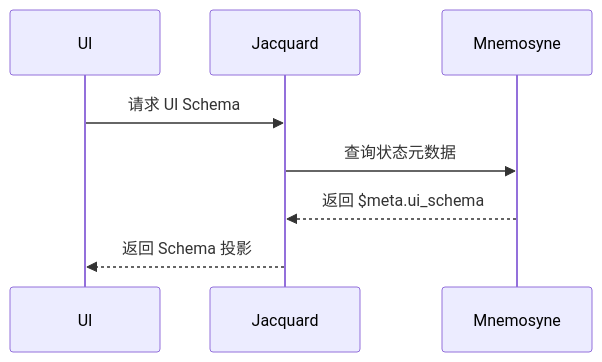
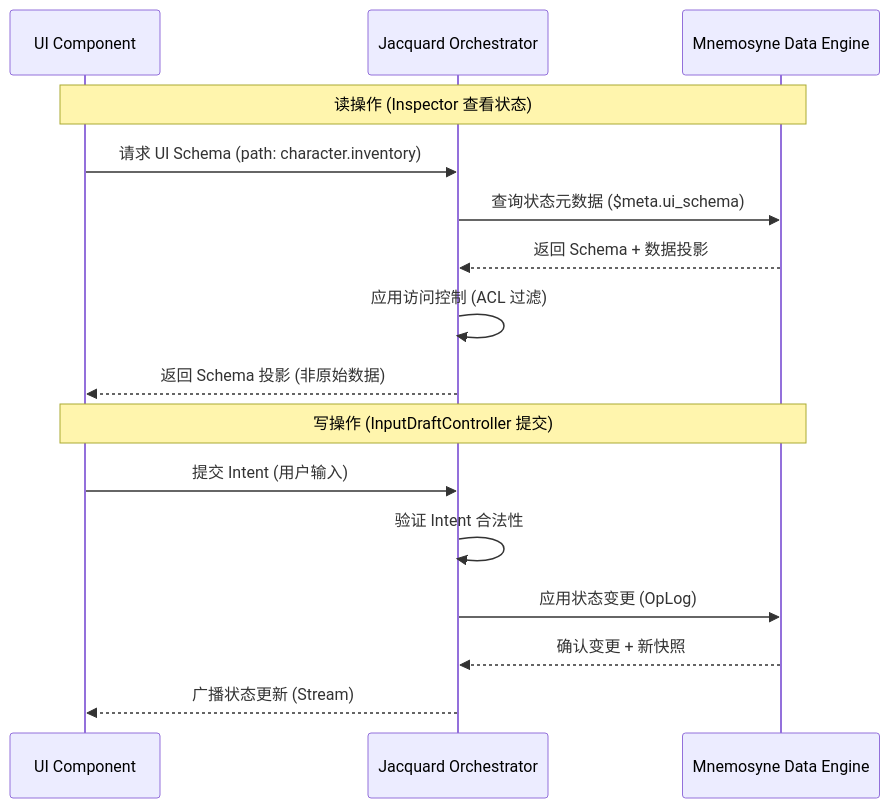
Before and after one commit to Abgetrennter/Clotho-Design: the third of 3 diagrams in 00_active_specs/reference/architecture-audit-report.md, drawn with Mermaid. The commit also changed other lines of this file and 4 other files, not shown here.

````diff
--- a/00_active_specs/reference/architecture-audit-report.md
+++ b/00_active_specs/reference/architecture-audit-report.md
@@ -213,7 +238,20 @@
-   ```mermaid
-   sequenceDiagram
-       UI->>Jacquard: 请求 UI Schema
-       Jacquard->>Mnemosyne: 查询状态元数据
-       Mnemosyne-->>Jacquard: 返回 $meta.ui_schema
-       Jacquard-->>UI: 返回 Schema 投影
-   ```
+```mermaid
+sequenceDiagram
+    participant UI as UI Component
+    participant J as Jacquard Orchestrator
+    participant M as Mnemosyne Data Engine
+    
+    Note over UI,M: 读操作 (Inspector 查看状态)
+    UI->>J: 请求 UI Schema (path: character.inventory)
+    J->>M: 查询状态元数据 ($meta.ui_schema)
+    M-->>J: 返回 Schema + 数据投影
+    J->>J: 应用访问控制 (ACL 过滤)
+    J-->>UI: 返回 Schema 投影 (非原始数据)
+    
+    Note over UI,M: 写操作 (InputDraftController 提交)
+    UI->>J: 提交 Intent (用户输入)
+    J->>J: 验证 Intent 合法性
+    J->>M: 应用状态变更 (OpLog)
+    M-->>J: 确认变更 + 新快照
+    J-->>UI: 广播状态更新 (Stream)
+```
````
